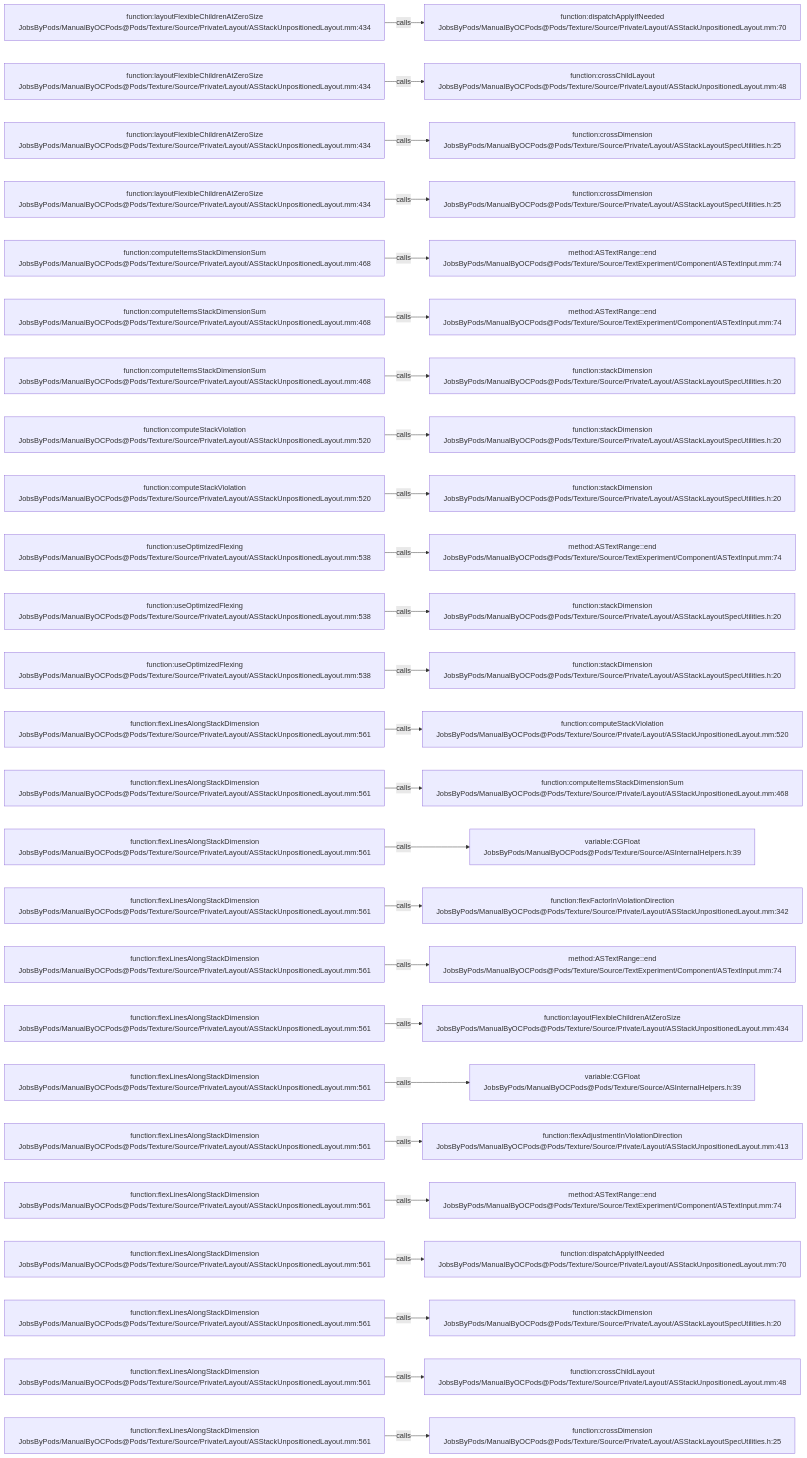
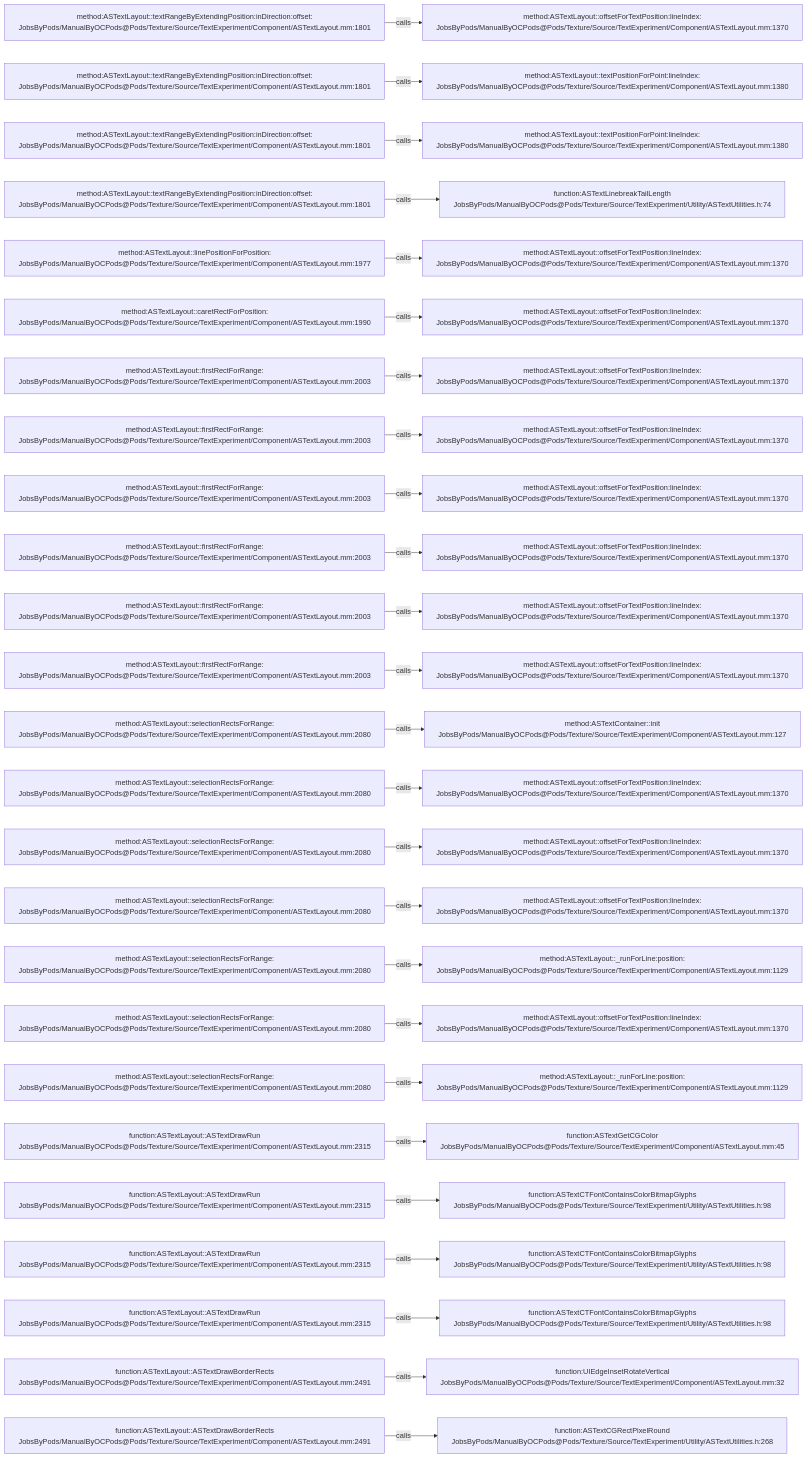
One commit to JobsKits/JobsOCBaseConfigDemo changed the diagram in .codegraph/codegraph.md/graphs/calls-187.md. Above: the diagram before and after it, drawn with Mermaid. The commit also changed 2723 other files, not shown here.

````diff
--- a/.codegraph/codegraph.md/graphs/calls-187.md
+++ b/.codegraph/codegraph.md/graphs/calls-187.md
@@ -13,78 +13,78 @@
 ```mermaid
 flowchart LR
-  S1["function:layoutFlexibleChildrenAtZeroSize<br/>JobsByPods/ManualByOCPods@Pods/Texture/Source/Private/Layout/ASStackUnpositionedLayout.mm:434"]
-  T1["function:dispatchApplyIfNeeded<br/>JobsByPods/ManualByOCPods@Pods/Texture/Source/Private/Layout/ASStackUnpositionedLayout.mm:70"]
+  S1["method:ASTextLayout::textRangeByExtendingPosition:inDirection:offset:<br/>JobsByPods/ManualByOCPods@Pods/Texture/Source/TextExperiment/Component/ASTextLayout.mm:1801"]
+  T1["method:ASTextLayout::offsetForTextPosition:lineIndex:<br/>JobsByPods/ManualByOCPods@Pods/Texture/Source/TextExperiment/Component/ASTextLayout.mm:1370"]
   S1 -->|calls| T1
-  S2["function:layoutFlexibleChildrenAtZeroSize<br/>JobsByPods/ManualByOCPods@Pods/Texture/Source/Private/Layout/ASStackUnpositionedLayout.mm:434"]
-  T2["function:crossChildLayout<br/>JobsByPods/ManualByOCPods@Pods/Texture/Source/Private/Layout/ASStackUnpositionedLayout.mm:48"]
+  S2["method:ASTextLayout::textRangeByExtendingPosition:inDirection:offset:<br/>JobsByPods/ManualByOCPods@Pods/Texture/Source/TextExperiment/Component/ASTextLayout.mm:1801"]
+  T2["method:ASTextLayout::textPositionForPoint:lineIndex:<br/>JobsByPods/ManualByOCPods@Pods/Texture/Source/TextExperiment/Component/ASTextLayout.mm:1380"]
   S2 -->|calls| T2
-  S3["function:layoutFlexibleChildrenAtZeroSize<br/>JobsByPods/ManualByOCPods@Pods/Texture/Source/Private/Layout/ASStackUnpositionedLayout.mm:434"]
-  T3["function:crossDimension<br/>JobsByPods/ManualByOCPods@Pods/Texture/Source/Private/Layout/ASStackLayoutSpecUtilities.h:25"]
+  S3["method:ASTextLayout::textRangeByExtendingPosition:inDirection:offset:<br/>JobsByPods/ManualByOCPods@Pods/Texture/Source/TextExperiment/Component/ASTextLayout.mm:1801"]
+  T3["method:ASTextLayout::textPositionForPoint:lineIndex:<br/>JobsByPods/ManualByOCPods@Pods/Texture/Source/TextExperiment/Component/ASTextLayout.mm:1380"]
   S3 -->|calls| T3
-  S4["function:layoutFlexibleChildrenAtZeroSize<br/>JobsByPods/ManualByOCPods@Pods/Texture/Source/Private/Layout/ASStackUnpositionedLayout.mm:434"]
-  T4["function:crossDimension<br/>JobsByPods/ManualByOCPods@Pods/Texture/Source/Private/Layout/ASStackLayoutSpecUtilities.h:25"]
+  S4["method:ASTextLayout::textRangeByExtendingPosition:inDirection:offset:<br/>JobsByPods/ManualByOCPods@Pods/Texture/Source/TextExperiment/Component/ASTextLayout.mm:1801"]
+  T4["function:ASTextLinebreakTailLength<br/>JobsByPods/ManualByOCPods@Pods/Texture/Source/TextExperiment/Utility/ASTextUtilities.h:74"]
   S4 -->|calls| T4
-  S5["function:computeItemsStackDimensionSum<br/>JobsByPods/ManualByOCPods@Pods/Texture/Source/Private/Layout/ASStackUnpositionedLayout.mm:468"]
-  T5["method:ASTextRange::end<br/>JobsByPods/ManualByOCPods@Pods/Texture/Source/TextExperiment/Component/ASTextInput.mm:74"]
+  S5["method:ASTextLayout::linePositionForPosition:<br/>JobsByPods/ManualByOCPods@Pods/Texture/Source/TextExperiment/Component/ASTextLayout.mm:1977"]
+  T5["method:ASTextLayout::offsetForTextPosition:lineIndex:<br/>JobsByPods/ManualByOCPods@Pods/Texture/Source/TextExperiment/Component/ASTextLayout.mm:1370"]
   S5 -->|calls| T5
-  S6["function:computeItemsStackDimensionSum<br/>JobsByPods/ManualByOCPods@Pods/Texture/Source/Private/Layout/ASStackUnpositionedLayout.mm:468"]
-  T6["method:ASTextRange::end<br/>JobsByPods/ManualByOCPods@Pods/Texture/Source/TextExperiment/Component/ASTextInput.mm:74"]
+  S6["method:ASTextLayout::caretRectForPosition:<br/>JobsByPods/ManualByOCPods@Pods/Texture/Source/TextExperiment/Component/ASTextLayout.mm:1990"]
+  T6["method:ASTextLayout::offsetForTextPosition:lineIndex:<br/>JobsByPods/ManualByOCPods@Pods/Texture/Source/TextExperiment/Component/ASTextLayout.mm:1370"]
   S6 -->|calls| T6
-  S7["function:computeItemsStackDimensionSum<br/>JobsByPods/ManualByOCPods@Pods/Texture/Source/Private/Layout/ASStackUnpositionedLayout.mm:468"]
-  T7["function:stackDimension<br/>JobsByPods/ManualByOCPods@Pods/Texture/Source/Private/Layout/ASStackLayoutSpecUtilities.h:20"]
+  S7["method:ASTextLayout::firstRectForRange:<br/>JobsByPods/ManualByOCPods@Pods/Texture/Source/TextExperiment/Component/ASTextLayout.mm:2003"]
+  T7["method:ASTextLayout::offsetForTextPosition:lineIndex:<br/>JobsByPods/ManualByOCPods@Pods/Texture/Source/TextExperiment/Component/ASTextLayout.mm:1370"]
   S7 -->|calls| T7
-  S8["function:computeStackViolation<br/>JobsByPods/ManualByOCPods@Pods/Texture/Source/Private/Layout/ASStackUnpositionedLayout.mm:520"]
-  T8["function:stackDimension<br/>JobsByPods/ManualByOCPods@Pods/Texture/Source/Private/Layout/ASStackLayoutSpecUtilities.h:20"]
+  S8["method:ASTextLayout::firstRectForRange:<br/>JobsByPods/ManualByOCPods@Pods/Texture/Source/TextExperiment/Component/ASTextLayout.mm:2003"]
+  T8["method:ASTextLayout::offsetForTextPosition:lineIndex:<br/>JobsByPods/ManualByOCPods@Pods/Texture/Source/TextExperiment/Component/ASTextLayout.mm:1370"]
   S8 -->|calls| T8
-  S9["function:computeStackViolation<br/>JobsByPods/ManualByOCPods@Pods/Texture/Source/Private/Layout/ASStackUnpositionedLayout.mm:520"]
-  T9["function:stackDimension<br/>JobsByPods/ManualByOCPods@Pods/Texture/Source/Private/Layout/ASStackLayoutSpecUtilities.h:20"]
+  S9["method:ASTextLayout::firstRectForRange:<br/>JobsByPods/ManualByOCPods@Pods/Texture/Source/TextExperiment/Component/ASTextLayout.mm:2003"]
+  T9["method:ASTextLayout::offsetForTextPosition:lineIndex:<br/>JobsByPods/ManualByOCPods@Pods/Texture/Source/TextExperiment/Component/ASTextLayout.mm:1370"]
   S9 -->|calls| T9
-  S10["function:useOptimizedFlexing<br/>JobsByPods/ManualByOCPods@Pods/Texture/Source/Private/Layout/ASStackUnpositionedLayout.mm:538"]
-  T10["method:ASTextRange::end<br/>JobsByPods/ManualByOCPods@Pods/Texture/Source/TextExperiment/Component/ASTextInput.mm:74"]
+  S10["method:ASTextLayout::firstRectForRange:<br/>JobsByPods/ManualByOCPods@Pods/Texture/Source/TextExperiment/Component/ASTextLayout.mm:2003"]
+  T10["method:ASTextLayout::offsetForTextPosition:lineIndex:<br/>JobsByPods/ManualByOCPods@Pods/Texture/Source/TextExperiment/Component/ASTextLayout.mm:1370"]
   S10 -->|calls| T10
-  S11["function:useOptimizedFlexing<br/>JobsByPods/ManualByOCPods@Pods/Texture/Source/Private/Layout/ASStackUnpositionedLayout.mm:538"]
-  T11["function:stackDimension<br/>JobsByPods/ManualByOCPods@Pods/Texture/Source/Private/Layout/ASStackLayoutSpecUtilities.h:20"]
+  S11["method:ASTextLayout::firstRectForRange:<br/>JobsByPods/ManualByOCPods@Pods/Texture/Source/TextExperiment/Component/ASTextLayout.mm:2003"]
+  T11["method:ASTextLayout::offsetForTextPosition:lineIndex:<br/>JobsByPods/ManualByOCPods@Pods/Texture/Source/TextExperiment/Component/ASTextLayout.mm:1370"]
   S11 -->|calls| T11
-  S12["function:useOptimizedFlexing<br/>JobsByPods/ManualByOCPods@Pods/Texture/Source/Private/Layout/ASStackUnpositionedLayout.mm:538"]
-  T12["function:stackDimension<br/>JobsByPods/ManualByOCPods@Pods/Texture/Source/Private/Layout/ASStackLayoutSpecUtilities.h:20"]
+  S12["method:ASTextLayout::firstRectForRange:<br/>JobsByPods/ManualByOCPods@Pods/Texture/Source/TextExperiment/Component/ASTextLayout.mm:2003"]
+  T12["method:ASTextLayout::offsetForTextPosition:lineIndex:<br/>JobsByPods/ManualByOCPods@Pods/Texture/Source/TextExperiment/Component/ASTextLayout.mm:1370"]
   S12 -->|calls| T12
-  S13["function:flexLinesAlongStackDimension<br/>JobsByPods/ManualByOCPods@Pods/Texture/Source/Private/Layout/ASStackUnpositionedLayout.mm:561"]
-  T13["function:computeStackViolation<br/>JobsByPods/ManualByOCPods@Pods/Texture/Source/Private/Layout/ASStackUnpositionedLayout.mm:520"]
+  S13["method:ASTextLayout::selectionRectsForRange:<br/>JobsByPods/ManualByOCPods@Pods/Texture/Source/TextExperiment/Component/ASTextLayout.mm:2080"]
+  T13["method:ASTextContainer::init<br/>JobsByPods/ManualByOCPods@Pods/Texture/Source/TextExperiment/Component/ASTextLayout.mm:127"]
   S13 -->|calls| T13
-  S14["function:flexLinesAlongStackDimension<br/>JobsByPods/ManualByOCPods@Pods/Texture/Source/Private/Layout/ASStackUnpositionedLayout.mm:561"]
-  T14["function:computeItemsStackDimensionSum<br/>JobsByPods/ManualByOCPods@Pods/Texture/Source/Private/Layout/ASStackUnpositionedLayout.mm:468"]
+  S14["method:ASTextLayout::selectionRectsForRange:<br/>JobsByPods/ManualByOCPods@Pods/Texture/Source/TextExperiment/Component/ASTextLayout.mm:2080"]
+  T14["method:ASTextLayout::offsetForTextPosition:lineIndex:<br/>JobsByPods/ManualByOCPods@Pods/Texture/Source/TextExperiment/Component/ASTextLayout.mm:1370"]
   S14 -->|calls| T14
-  S15["function:flexLinesAlongStackDimension<br/>JobsByPods/ManualByOCPods@Pods/Texture/Source/Private/Layout/ASStackUnpositionedLayout.mm:561"]
-  T15["variable:CGFloat<br/>JobsByPods/ManualByOCPods@Pods/Texture/Source/ASInternalHelpers.h:39"]
+  S15["method:ASTextLayout::selectionRectsForRange:<br/>JobsByPods/ManualByOCPods@Pods/Texture/Source/TextExperiment/Component/ASTextLayout.mm:2080"]
+  T15["method:ASTextLayout::offsetForTextPosition:lineIndex:<br/>JobsByPods/ManualByOCPods@Pods/Texture/Source/TextExperiment/Component/ASTextLayout.mm:1370"]
   S15 -->|calls| T15
-  S16["function:flexLinesAlongStackDimension<br/>JobsByPods/ManualByOCPods@Pods/Texture/Source/Private/Layout/ASStackUnpositionedLayout.mm:561"]
-  T16["function:flexFactorInViolationDirection<br/>JobsByPods/ManualByOCPods@Pods/Texture/Source/Private/Layout/ASStackUnpositionedLayout.mm:342"]
+  S16["method:ASTextLayout::selectionRectsForRange:<br/>JobsByPods/ManualByOCPods@Pods/Texture/Source/TextExperiment/Component/ASTextLayout.mm:2080"]
+  T16["method:ASTextLayout::offsetForTextPosition:lineIndex:<br/>JobsByPods/ManualByOCPods@Pods/Texture/Source/TextExperiment/Component/ASTextLayout.mm:1370"]
   S16 -->|calls| T16
-  S17["function:flexLinesAlongStackDimension<br/>JobsByPods/ManualByOCPods@Pods/Texture/Source/Private/Layout/ASStackUnpositionedLayout.mm:561"]
-  T17["method:ASTextRange::end<br/>JobsByPods/ManualByOCPods@Pods/Texture/Source/TextExperiment/Component/ASTextInput.mm:74"]
+  S17["method:ASTextLayout::selectionRectsForRange:<br/>JobsByPods/ManualByOCPods@Pods/Texture/Source/TextExperiment/Component/ASTextLayout.mm:2080"]
+  T17["method:ASTextLayout::_runForLine:position:<br/>JobsByPods/ManualByOCPods@Pods/Texture/Source/TextExperiment/Component/ASTextLayout.mm:1129"]
   S17 -->|calls| T17
-  S18["function:flexLinesAlongStackDimension<br/>JobsByPods/ManualByOCPods@Pods/Texture/Source/Private/Layout/ASStackUnpositionedLayout.mm:561"]
-  T18["function:layoutFlexibleChildrenAtZeroSize<br/>JobsByPods/ManualByOCPods@Pods/Texture/Source/Private/Layout/ASStackUnpositionedLayout.mm:434"]
+  S18["method:ASTextLayout::selectionRectsForRange:<br/>JobsByPods/ManualByOCPods@Pods/Texture/Source/TextExperiment/Component/ASTextLayout.mm:2080"]
+  T18["method:ASTextLayout::offsetForTextPosition:lineIndex:<br/>JobsByPods/ManualByOCPods@Pods/Texture/Source/TextExperiment/Component/ASTextLayout.mm:1370"]
   S18 -->|calls| T18
-  S19["function:flexLinesAlongStackDimension<br/>JobsByPods/ManualByOCPods@Pods/Texture/Source/Private/Layout/ASStackUnpositionedLayout.mm:561"]
-  T19["variable:CGFloat<br/>JobsByPods/ManualByOCPods@Pods/Texture/Source/ASInternalHelpers.h:39"]
+  S19["method:ASTextLayout::selectionRectsForRange:<br/>JobsByPods/ManualByOCPods@Pods/Texture/Source/TextExperiment/Component/ASTextLayout.mm:2080"]
+  T19["method:ASTextLayout::_runForLine:position:<br/>JobsByPods/ManualByOCPods@Pods/Texture/Source/TextExperiment/Component/ASTextLayout.mm:1129"]
   S19 -->|calls| T19
-  S20["function:flexLinesAlongStackDimension<br/>JobsByPods/ManualByOCPods@Pods/Texture/Source/Private/Layout/ASStackUnpositionedLayout.mm:561"]
-  T20["function:flexAdjustmentInViolationDirection<br/>JobsByPods/ManualByOCPods@Pods/Texture/Source/Private/Layout/ASStackUnpositionedLayout.mm:413"]
+  S20["function:ASTextLayout::ASTextDrawRun<br/>JobsByPods/ManualByOCPods@Pods/Texture/Source/TextExperiment/Component/ASTextLayout.mm:2315"]
+  T20["function:ASTextGetCGColor<br/>JobsByPods/ManualByOCPods@Pods/Texture/Source/TextExperiment/Component/ASTextLayout.mm:45"]
   S20 -->|calls| T20
-  S21["function:flexLinesAlongStackDimension<br/>JobsByPods/ManualByOCPods@Pods/Texture/Source/Private/Layout/ASStackUnpositionedLayout.mm:561"]
-  T21["method:ASTextRange::end<br/>JobsByPods/ManualByOCPods@Pods/Texture/Source/TextExperiment/Component/ASTextInput.mm:74"]
+  S21["function:ASTextLayout::ASTextDrawRun<br/>JobsByPods/ManualByOCPods@Pods/Texture/Source/TextExperiment/Component/ASTextLayout.mm:2315"]
+  T21["function:ASTextCTFontContainsColorBitmapGlyphs<br/>JobsByPods/ManualByOCPods@Pods/Texture/Source/TextExperiment/Utility/ASTextUtilities.h:98"]
   S21 -->|calls| T21
-  S22["function:flexLinesAlongStackDimension<br/>JobsByPods/ManualByOCPods@Pods/Texture/Source/Private/Layout/ASStackUnpositionedLayout.mm:561"]
-  T22["function:dispatchApplyIfNeeded<br/>JobsByPods/ManualByOCPods@Pods/Texture/Source/Private/Layout/ASStackUnpositionedLayout.mm:70"]
+  S22["function:ASTextLayout::ASTextDrawRun<br/>JobsByPods/ManualByOCPods@Pods/Texture/Source/TextExperiment/Component/ASTextLayout.mm:2315"]
+  T22["function:ASTextCTFontContainsColorBitmapGlyphs<br/>JobsByPods/ManualByOCPods@Pods/Texture/Source/TextExperiment/Utility/ASTextUtilities.h:98"]
   S22 -->|calls| T22
-  S23["function:flexLinesAlongStackDimension<br/>JobsByPods/ManualByOCPods@Pods/Texture/Source/Private/Layout/ASStackUnpositionedLayout.mm:561"]
-  T23["function:stackDimension<br/>JobsByPods/ManualByOCPods@Pods/Texture/Source/Private/Layout/ASStackLayoutSpecUtilities.h:20"]
+  S23["function:ASTextLayout::ASTextDrawRun<br/>JobsByPods/ManualByOCPods@Pods/Texture/Source/TextExperiment/Component/ASTextLayout.mm:2315"]
+  T23["function:ASTextCTFontContainsColorBitmapGlyphs<br/>JobsByPods/ManualByOCPods@Pods/Texture/Source/TextExperiment/Utility/ASTextUtilities.h:98"]
   S23 -->|calls| T23
-  S24["function:flexLinesAlongStackDimension<br/>JobsByPods/ManualByOCPods@Pods/Texture/Source/Private/Layout/ASStackUnpositionedLayout.mm:561"]
-  T24["function:crossChildLayout<br/>JobsByPods/ManualByOCPods@Pods/Texture/Source/Private/Layout/ASStackUnpositionedLayout.mm:48"]
+  S24["function:ASTextLayout::ASTextDrawBorderRects<br/>JobsByPods/ManualByOCPods@Pods/Texture/Source/TextExperiment/Component/ASTextLayout.mm:2491"]
+  T24["function:UIEdgeInsetRotateVertical<br/>JobsByPods/ManualByOCPods@Pods/Texture/Source/TextExperiment/Component/ASTextLayout.mm:32"]
   S24 -->|calls| T24
-  S25["function:flexLinesAlongStackDimension<br/>JobsByPods/ManualByOCPods@Pods/Texture/Source/Private/Layout/ASStackUnpositionedLayout.mm:561"]
-  T25["function:crossDimension<br/>JobsByPods/ManualByOCPods@Pods/Texture/Source/Private/Layout/ASStackLayoutSpecUtilities.h:25"]
+  S25["function:ASTextLayout::ASTextDrawBorderRects<br/>JobsByPods/ManualByOCPods@Pods/Texture/Source/TextExperiment/Component/ASTextLayout.mm:2491"]
+  T25["function:ASTextCGRectPixelRound<br/>JobsByPods/ManualByOCPods@Pods/Texture/Source/TextExperiment/Utility/ASTextUtilities.h:268"]
   S25 -->|calls| T25
 ```
````
